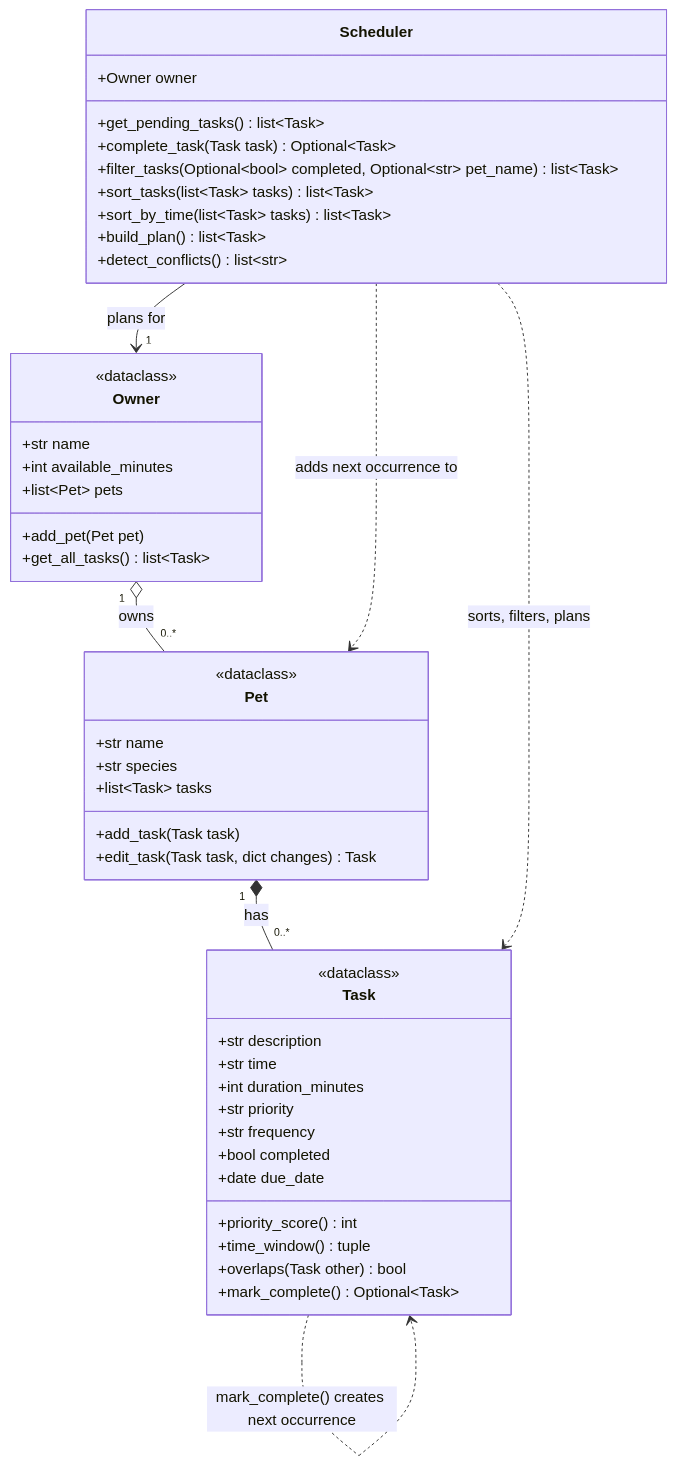
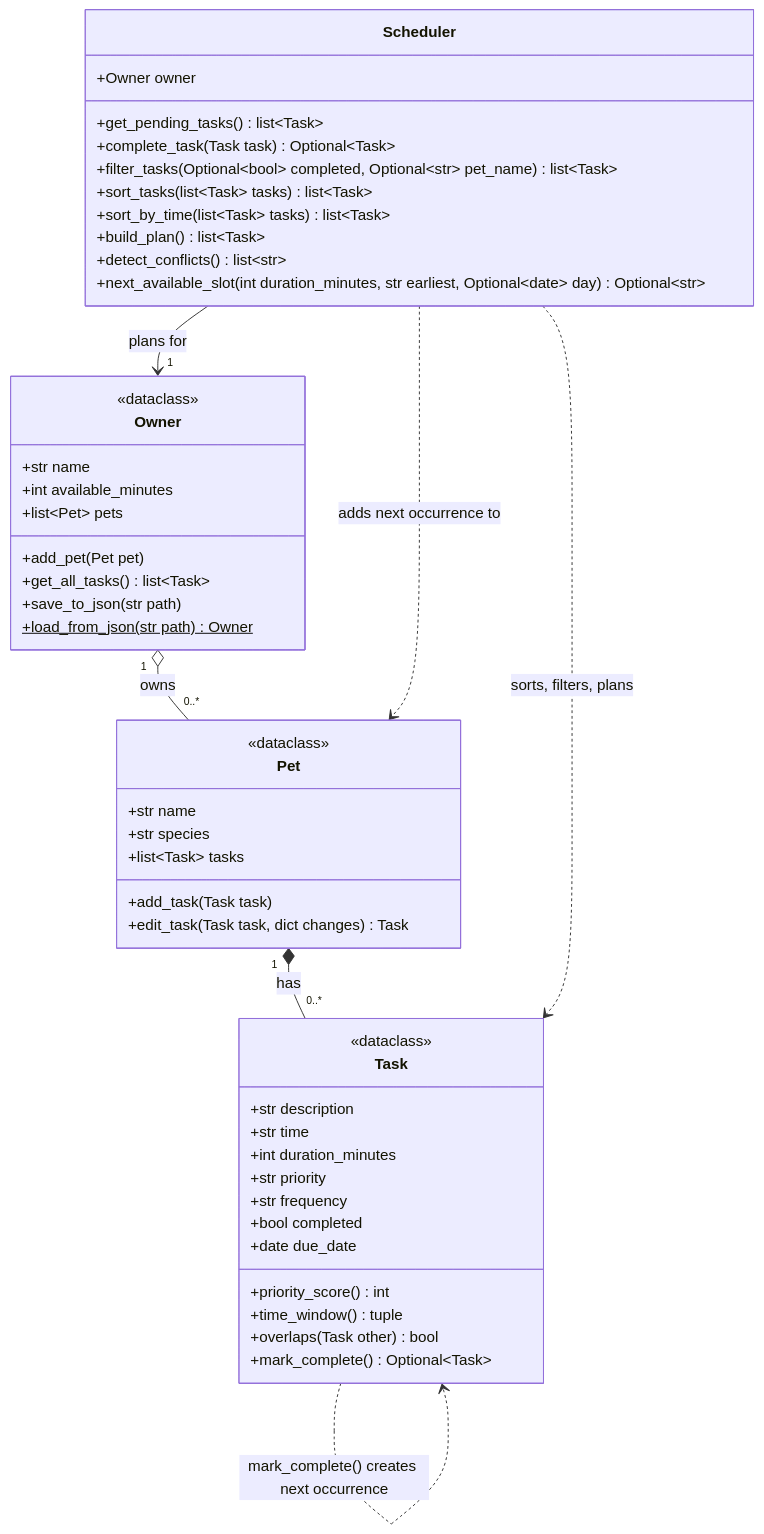
The diagram in diagrams/uml_final.mmd (dilgal02/ai110-module2show-pawpal-starter), drawn with Mermaid before and after one commit.

Commit message:
docs: add persistence and next-slot methods to final UML

```diff
--- a/diagrams/uml_final.mmd
+++ b/diagrams/uml_final.mmd
@@ -1,55 +1,59 @@
 classDiagram
     %% PawPal+ final design, matching pawpal_system.py. The initial draft is in uml.mmd.
+    %% load_from_json is a classmethod (shown as static with $) that builds an Owner from data.json.
 
     class Owner {
         <<dataclass>>
         +str name
         +int available_minutes
         +list~Pet~ pets
         +add_pet(Pet pet)
         +get_all_tasks() list~Task~
+        +save_to_json(str path)
+        +load_from_json(str path)$ Owner
     }
 
     class Pet {
         <<dataclass>>
         +str name
         +str species
         +list~Task~ tasks
         +add_task(Task task)
         +edit_task(Task task, dict changes) Task
     }
 
     %% Task validates priority/frequency/duration on creation and zero-pads time to "HH:MM".
     %% time_window() returns (start, end) as minutes after midnight.
     class Task {
         <<dataclass>>
         +str description
         +str time
         +int duration_minutes
         +str priority
         +str frequency
         +bool completed
         +date due_date
         +priority_score() int
         +time_window() tuple
         +overlaps(Task other) bool
         +mark_complete() Optional~Task~
     }
 
     class Scheduler {
         +Owner owner
         +get_pending_tasks() list~Task~
         +complete_task(Task task) Optional~Task~
         +filter_tasks(Optional~bool~ completed, Optional~str~ pet_name) list~Task~
         +sort_tasks(list~Task~ tasks) list~Task~
         +sort_by_time(list~Task~ tasks) list~Task~
         +build_plan() list~Task~
         +detect_conflicts() list~str~
+        +next_available_slot(int duration_minutes, str earliest, Optional~date~ day) Optional~str~
     }
 
     Owner "1" o-- "0..*" Pet : owns
     Pet "1" *-- "0..*" Task : has
     Scheduler --> "1" Owner : plans for
     Scheduler ..> Task : sorts, filters, plans
     Scheduler ..> Pet : adds next occurrence to
     Task ..> Task : mark_complete() creates next occurrence
```
